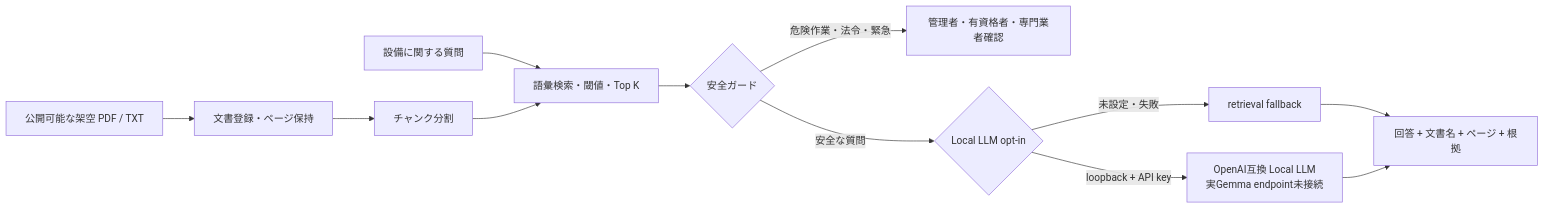
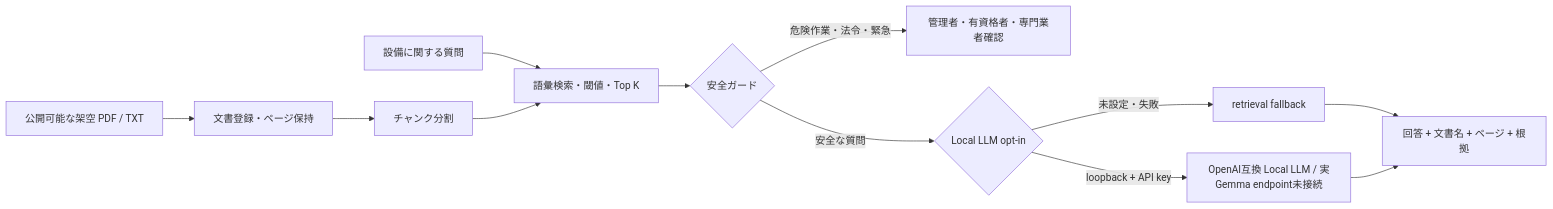
Before and after one commit to second-works/facility-ai-assistant: the diagram in docs/architecture/facility-ai-assistant.mmd, drawn with Mermaid.

Commit message:
docs: normalize mermaid node label

````diff
--- a/docs/architecture/facility-ai-assistant.mmd
+++ b/docs/architecture/facility-ai-assistant.mmd
@@ -3,15 +3,14 @@
 ```mermaid
 flowchart LR
   D[公開可能な架空 PDF / TXT] --> R[文書登録・ページ保持]
   R --> C[チャンク分割]
   Q[設備に関する質問] --> S[語彙検索・閾値・Top K]
   C --> S
   S --> G{安全ガード}
   G -->|危険作業・法令・緊急| H[管理者・有資格者・専門業者確認]
   G -->|安全な質問| A{Local LLM opt-in}
   A -->|未設定・失敗| F[retrieval fallback]
-  A -->|loopback + API key| L[OpenAI互換 Local LLM
-実Gemma endpoint未接続]
+  A -->|loopback + API key| L[OpenAI互換 Local LLM / 実Gemma endpoint未接続]
   F --> O[回答 + 文書名 + ページ + 根拠]
   L --> O
 ```
````
